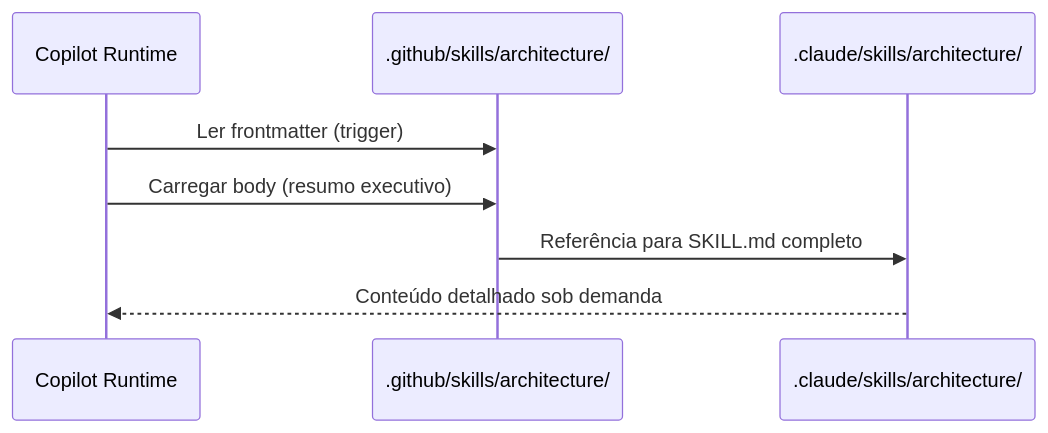
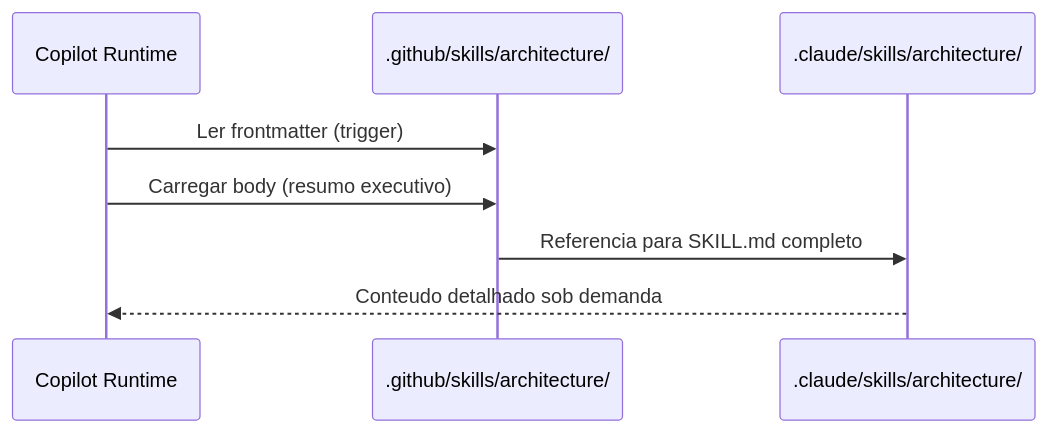
The second of 2 diagrams in docs/stories/github-structure/STORY-008.md (edercnj/ia-dev-environment), drawn with Mermaid before and after one commit. The commit also changed other lines of this file and 64 other files, not shown here.

````diff
--- a/docs/stories/github-structure/STORY-008.md
+++ b/docs/stories/github-structure/STORY-008.md
@@ -83,11 +132,11 @@
 ```mermaid
 sequenceDiagram
     participant C as Copilot Runtime
     participant GS as .github/skills/architecture/
     participant CS as .claude/skills/architecture/
 
     C->>GS: Ler frontmatter (trigger)
     C->>GS: Carregar body (resumo executivo)
-    GS->>CS: Referência para SKILL.md completo
-    CS-->>C: Conteúdo detalhado sob demanda
+    GS->>CS: Referencia para SKILL.md completo
+    CS-->>C: Conteudo detalhado sob demanda
 ```
````
